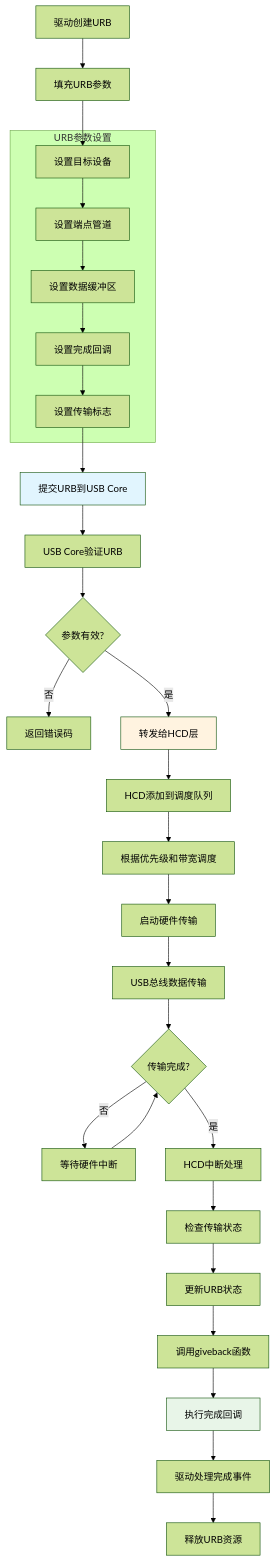
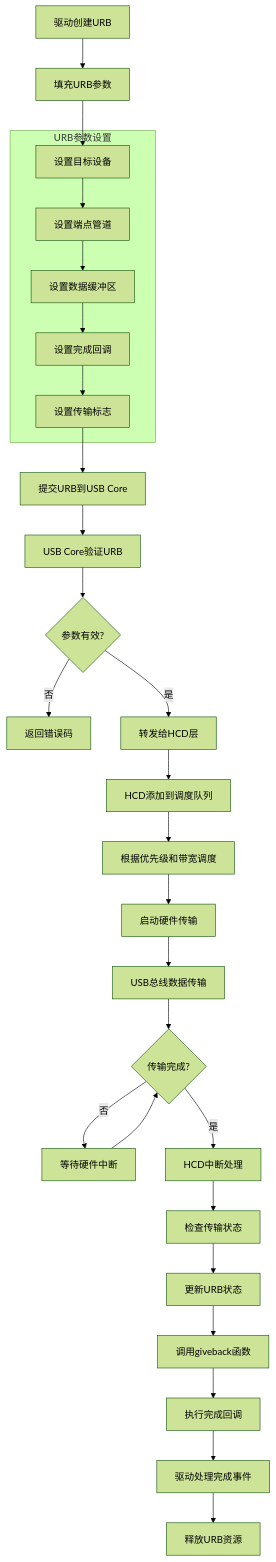
One commit to TbusOS/usb-learn changed the tenth of 21 diagrams in 08-USB架构图和流程图-可视化版.md. Above: the diagram before and after it, drawn with Mermaid (forest theme). The commit also changed other lines of this file and 1 other file, not shown here.

````diff
--- a/08-USB架构图和流程图-可视化版.md
+++ b/08-USB架构图和流程图-可视化版.md
@@ -412,48 +404,46 @@
 ```mermaid
 flowchart TD
     A[驱动创建URB] --> B[填充URB参数]
     
     subgraph "URB参数设置"
         B1[设置目标设备]
         B2[设置端点管道]  
         B3[设置数据缓冲区]
         B4[设置完成回调]
         B5[设置传输标志]
     end
     
     B --> B1
     B1 --> B2
     B2 --> B3  
     B3 --> B4
     B4 --> B5
     B5 --> C[提交URB到USB Core]
     
     C --> D[USB Core验证URB]
     
     D --> E{参数有效?}
     E -->|否| F[返回错误码]
     E -->|是| G[转发给HCD层]
     
     G --> H[HCD添加到调度队列]
     H --> I[根据优先级和带宽调度]
     
     I --> J[启动硬件传输]
     J --> K[USB总线数据传输]
     
     K --> L{传输完成?}
     L -->|否| M[等待硬件中断]
     M --> L
     L -->|是| N[HCD中断处理]
     
     N --> O[检查传输状态]
     O --> P[更新URB状态]
     P --> Q[调用giveback函数]
     Q --> R[执行完成回调]
     
     R --> S[驱动处理完成事件]
     S --> T[释放URB资源]
     
-    style C fill:#e1f5fe
-    style G fill:#fff3e0
-    style R fill:#e8f5e8
+
 ```
````
